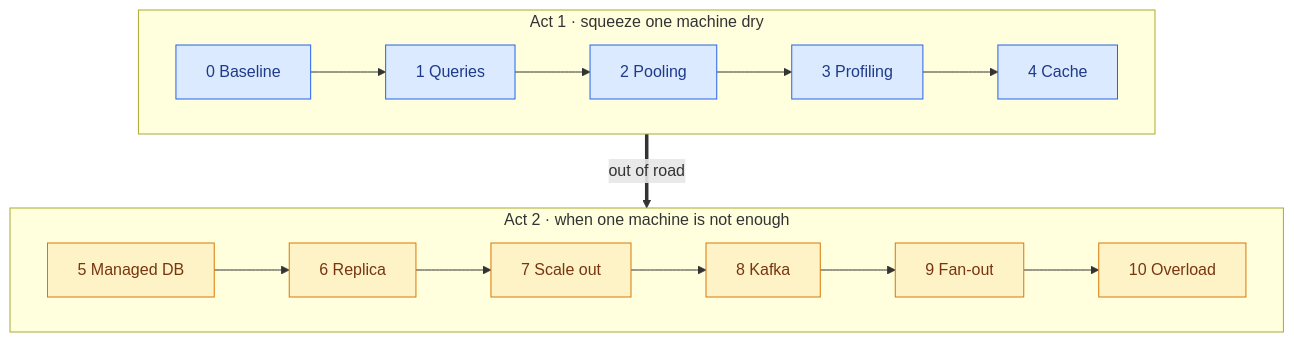
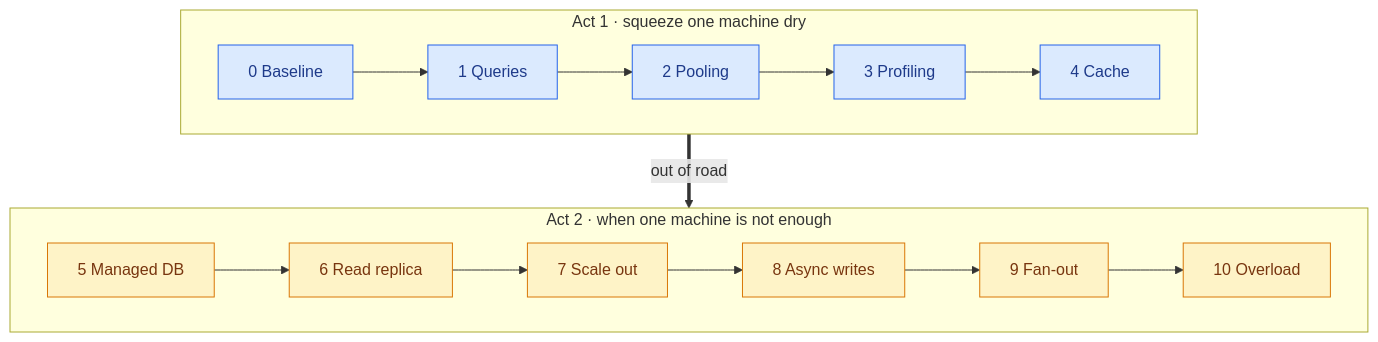
Before and after one commit to adssib/StressLab: the first of 2 diagrams in README.md, drawn with Mermaid. The commit also changed other lines of this file and 2 other files, not shown here.

````diff
--- a/README.md
+++ b/README.md
@@ -23,17 +33,17 @@
 ```mermaid
 flowchart TB
   subgraph ACT1["Act 1 · squeeze one machine dry"]
     direction LR
     S0["0 Baseline"] --> S1["1 Queries"] --> S2["2 Pooling"] --> S3["3 Profiling"] --> S4["4 Cache"]
   end
   subgraph ACT2["Act 2 · when one machine is not enough"]
     direction LR
-    S5["5 Managed DB"] --> S6["6 Replica"] --> S7["7 Scale out"] --> S8["8 Kafka"] --> S9["9 Fan-out"] --> S10["10 Overload"]
+    S5["5 Managed DB"] --> S6["6 Read replica"] --> S7["7 Scale out"] --> S8["8 Async writes"] --> S9["9 Fan-out"] --> S10["10 Overload"]
   end
   ACT1 ==>|"out of road"| ACT2
 
   classDef act1 fill:#dbeafe,stroke:#2563eb,color:#1e3a8a
   classDef act2 fill:#fef3c7,stroke:#d97706,color:#78350f
   class S0,S1,S2,S3,S4 act1
   class S5,S6,S7,S8,S9,S10 act2
 ```
````
